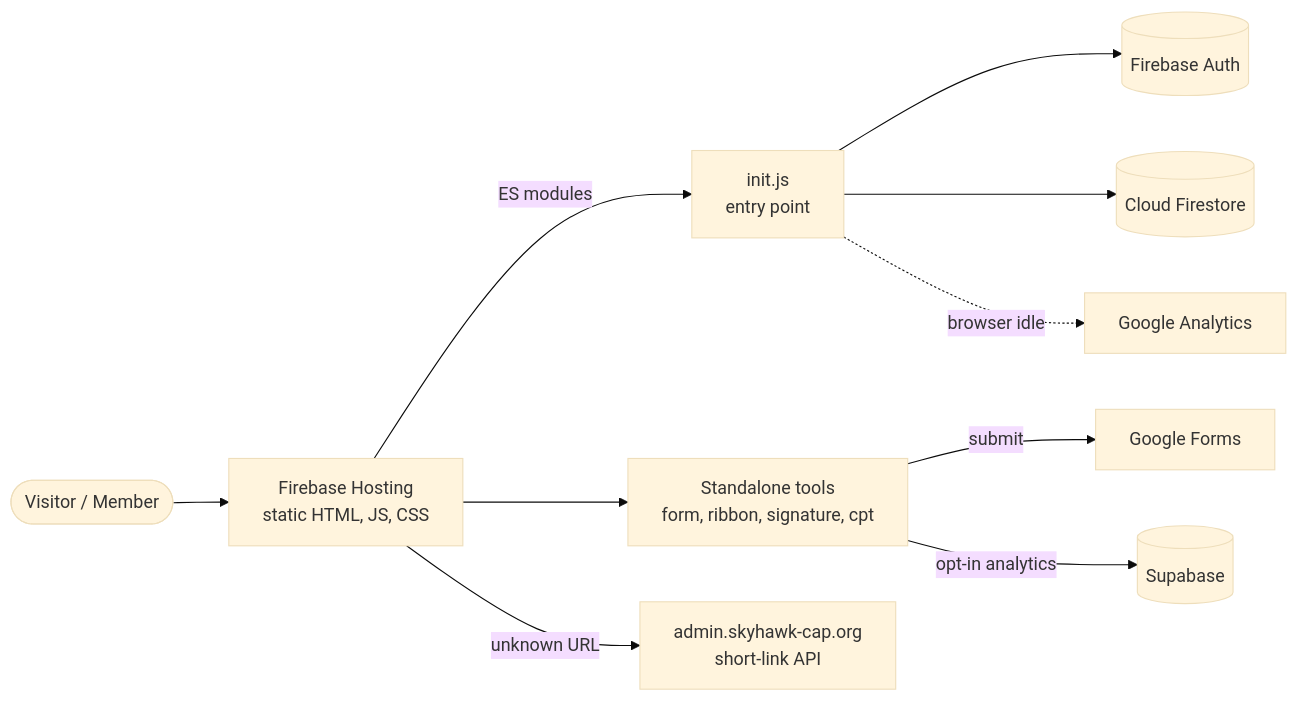
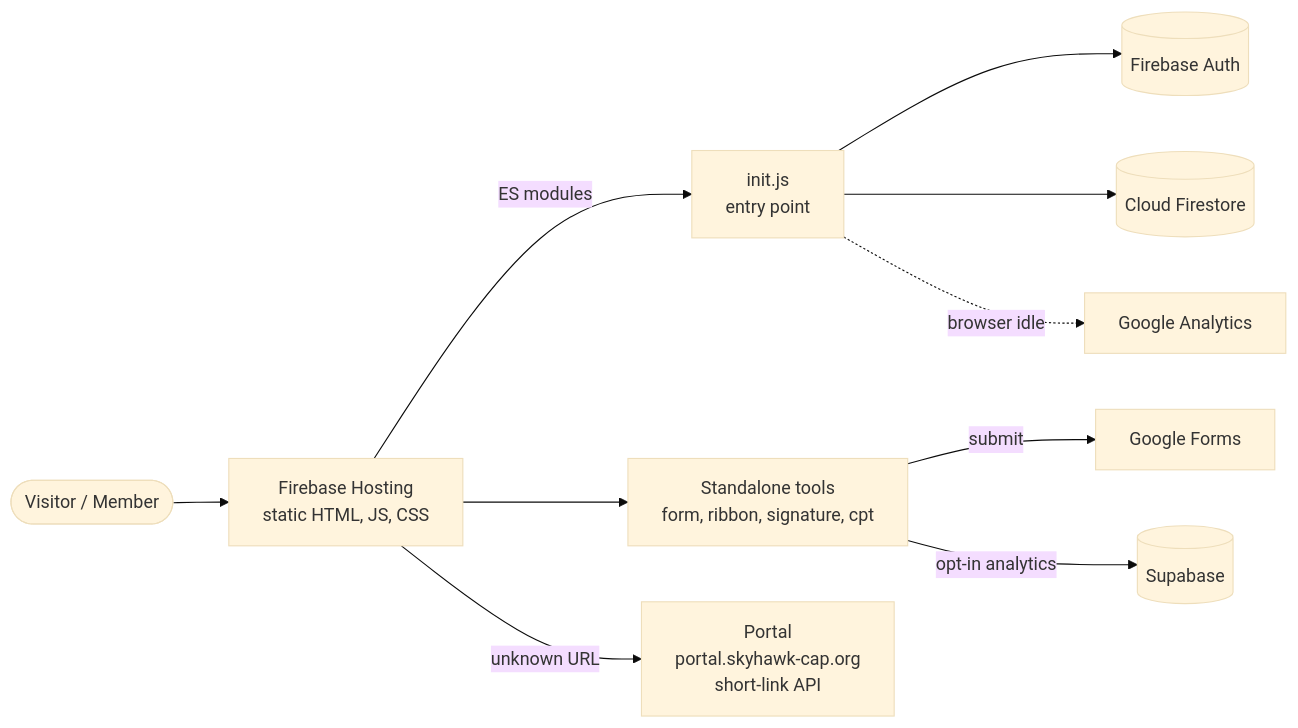
The diagram in README.md (Ethan-html/skyhawk), drawn with Mermaid (base theme) before and after one commit. The commit also changed other lines of this file and 1 other file, not shown here.

````diff
--- a/README.md
+++ b/README.md
@@ -85,12 +103,12 @@
 ```mermaid
 flowchart LR
     U([Visitor / Member]) --> H["Firebase Hosting<br/>static HTML, JS, CSS"]
     H -->|ES modules| I["init.js<br/>entry point"]
     I --> A[(Firebase Auth)]
     I --> F[(Cloud Firestore)]
     I -.->|browser idle| G[Google Analytics]
     H --> T["Standalone tools<br/>form, ribbon, signature, cpt"]
     T -->|submit| GF[Google Forms]
     T -->|opt-in analytics| S[(Supabase)]
-    H -->|unknown URL| AD["admin.skyhawk-cap.org<br/>short-link API"]
+    H -->|unknown URL| AD["Portal<br/>portal.skyhawk-cap.org<br/>short-link API"]
 ```
````
